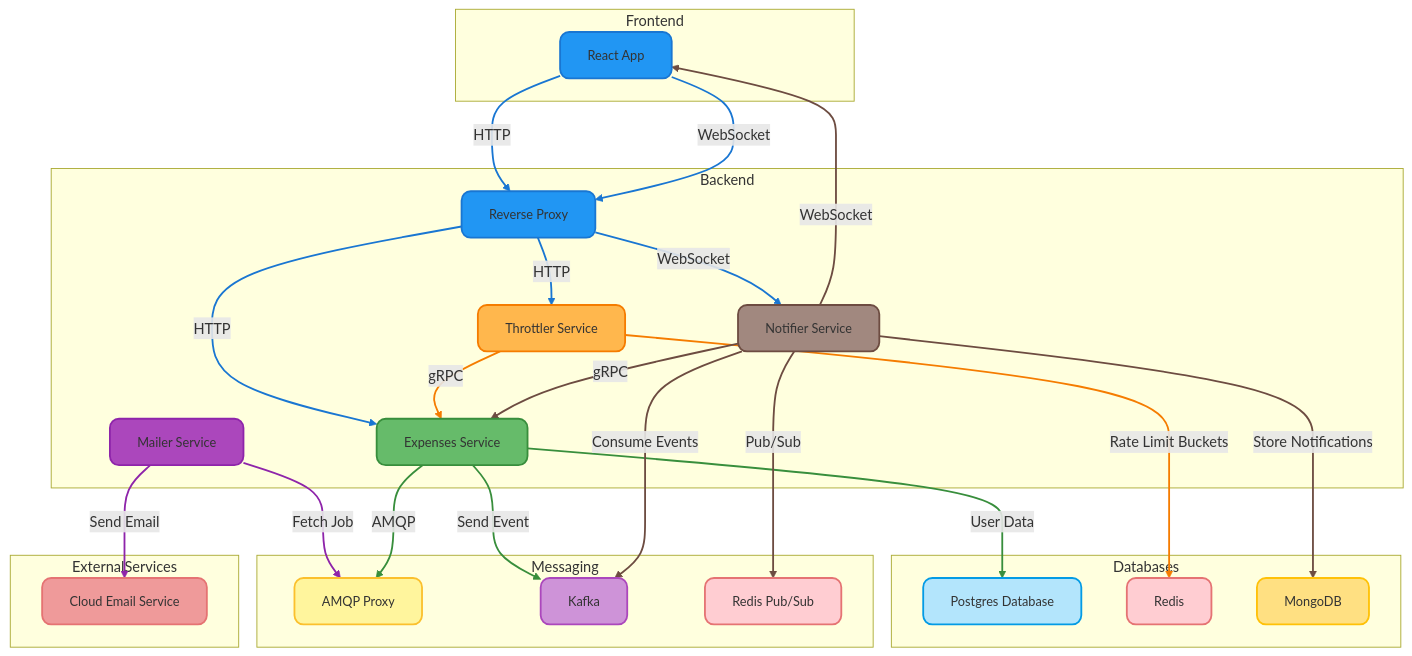
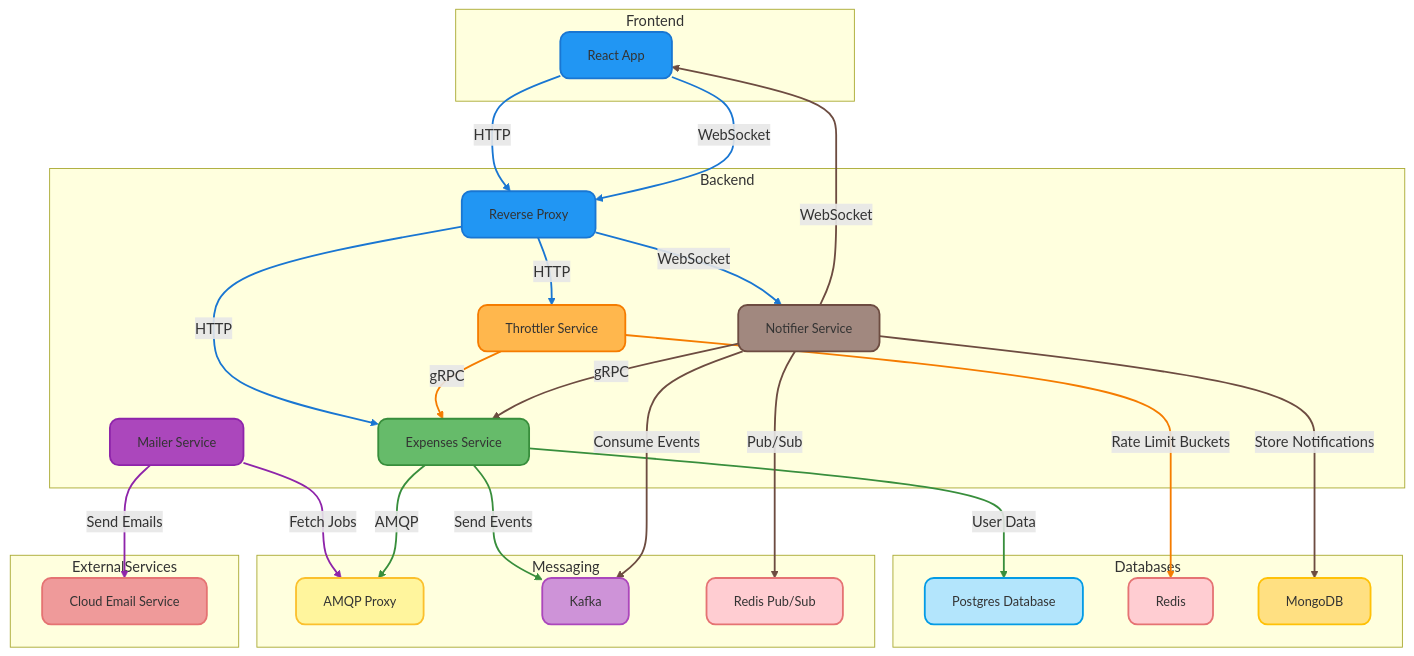
Before and after one commit to hasAnybodySeenHarry/expenses: the diagram in README.md, drawn with Mermaid.

Commit message:
Updated labels

````diff
--- a/README.md
+++ b/README.md
@@ -7,82 +7,82 @@
 ```mermaid
 graph TD
     style ReactApp fill:#2196F3,stroke:#1976D2,stroke-width:2px,color:#333,font-size:14px,rx:10,ry:10
     style ReverseProxy fill:#2196F3,stroke:#1976D2,stroke-width:2px,color:#333,font-size:14px,rx:10,ry:10
     style Expenses fill:#66BB6A,stroke:#388E3C,stroke-width:2px,color:#333,font-size:14px,rx:10,ry:10
     style Throttler fill:#FFB74D,stroke:#F57C00,stroke-width:2px,color:#333,font-size:14px,rx:10,ry:10
     style Mailer fill:#AB47BC,stroke:#8E24AA,stroke-width:2px,color:#333,font-size:14px,rx:10,ry:10
     style Notifier fill:#A1887F,stroke:#6D4C41,stroke-width:2px,color:#333,font-size:14px,rx:10,ry:10
     style Postgres fill:#B3E5FC,stroke:#039BE5,stroke-width:2px,color:#333,font-size:14px,rx:10,ry:10
     style Redis fill:#FFCDD2,stroke:#E57373,stroke-width:2px,color:#333,font-size:14px,rx:10,ry:10
     style MongoDB fill:#FFE082,stroke:#FFC107,stroke-width:2px,color:#333,font-size:14px,rx:10,ry:10
     style AMQP fill:#FFF59D,stroke:#FBC02D,stroke-width:2px,color:#333,font-size:14px,rx:10,ry:10
     style Kafka fill:#CE93D8,stroke:#AB47BC,stroke-width:2px,color:#333,font-size:14px,rx:10,ry:10
     style RedisPubSub fill:#FFCDD2,stroke:#E57373,stroke-width:2px,color:#333,font-size:14px,rx:10,ry:10
     style CloudEmail fill:#EF9A9A,stroke:#E57373,stroke-width:2px,color:#333,font-size:14px,rx:10,ry:10
 
     subgraph Frontend
         ReactApp[React App]
     end
 
     subgraph Backend
         ReverseProxy[Reverse Proxy]
         Expenses[Expenses Service]
         Throttler[Throttler Service]
         Mailer[Mailer Service]
         Notifier[Notifier Service]
     end
 
     subgraph Databases
         Postgres[Postgres Database]
         Redis[Redis]
         MongoDB[MongoDB]
     end
 
     subgraph Messaging
         Kafka[Kafka]
         RedisPubSub[Redis Pub/Sub]
         AMQP[AMQP Proxy]
     end
 
     subgraph ExternalServices
         CloudEmail[Cloud Email Service]
     end
 
     %% Define connections with labels and directions
     ReactApp -- HTTP --> ReverseProxy
     ReverseProxy -- HTTP --> Expenses
     Expenses -- User Data --> Postgres
     Throttler -- gRPC --> Expenses
     Throttler -- Rate Limit Buckets --> Redis
-    Mailer -- Fetch Job --> AMQP
+    Mailer -- Fetch Jobs --> AMQP
     Expenses -- AMQP --> AMQP
-    Mailer -- Send Email --> CloudEmail
-    Expenses -- Send Event --> Kafka
+    Mailer -- Send Emails --> CloudEmail
+    Expenses -- Send Events --> Kafka
     Notifier -- Consume Events --> Kafka
     Notifier -- Store Notifications --> MongoDB
     Notifier -- Pub/Sub --> RedisPubSub
     ReactApp -- WebSocket --> ReverseProxy
     ReverseProxy -- WebSocket --> Notifier
     Notifier -- gRPC --> Expenses
     Notifier -- WebSocket --> ReactApp
     ReverseProxy -- HTTP --> Throttler
 
     %% Style links
     linkStyle 0 stroke:#1976D2,stroke-width:2px
     linkStyle 1 stroke:#1976D2,stroke-width:2px
     linkStyle 2 stroke:#388E3C,stroke-width:2px
     linkStyle 3 stroke:#F57C00,stroke-width:2px
     linkStyle 4 stroke:#F57C00,stroke-width:2px
     linkStyle 5 stroke:#8E24AA,stroke-width:2px
     linkStyle 6 stroke:#388E3C,stroke-width:2px
     linkStyle 7 stroke:#8E24AA,stroke-width:2px
     linkStyle 8 stroke:#388E3C,stroke-width:2px
     linkStyle 9 stroke:#6D4C41,stroke-width:2px
     linkStyle 10 stroke:#6D4C41,stroke-width:2px
     linkStyle 11 stroke:#6D4C41,stroke-width:2px
     linkStyle 12 stroke:#1976D2,stroke-width:2px
     linkStyle 13 stroke:#1976D2,stroke-width:2px
     linkStyle 14 stroke:#6D4C41,stroke-width:2px
     linkStyle 15 stroke:#6D4C41,stroke-width:2px
     linkStyle 16 stroke:#1976D2,stroke-width:2px
 ```
````
